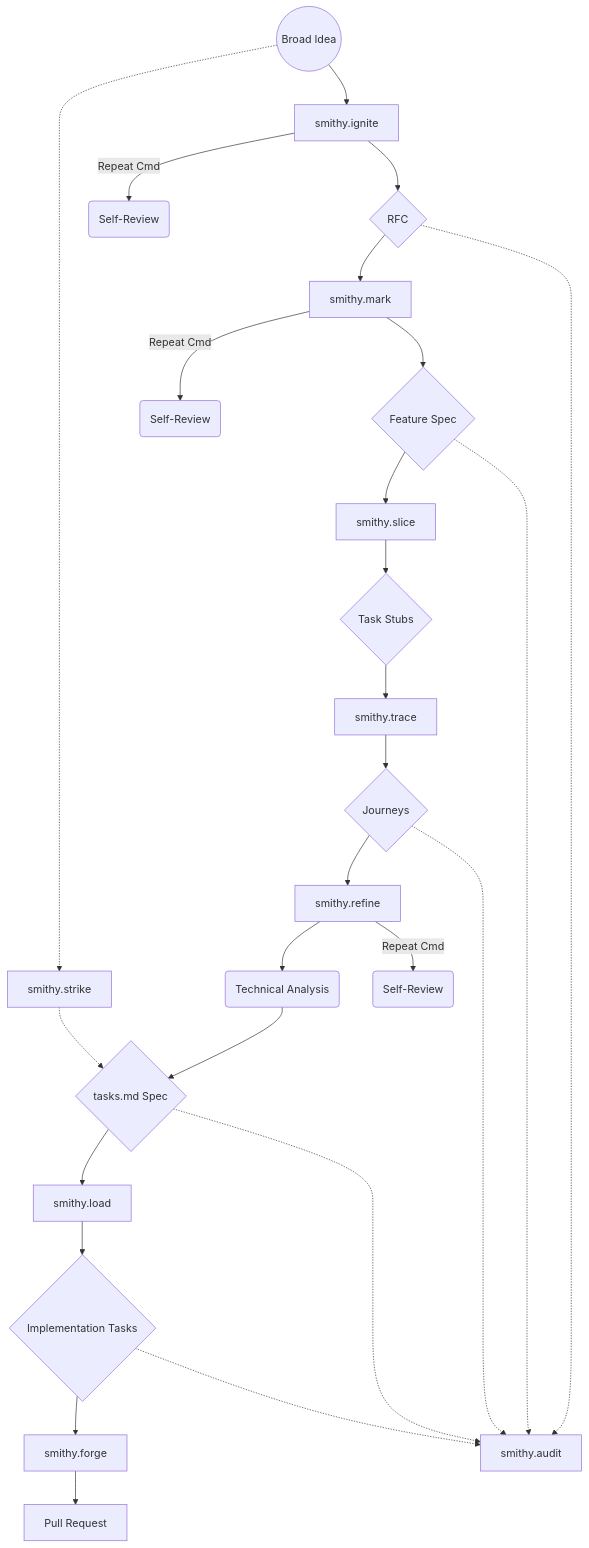
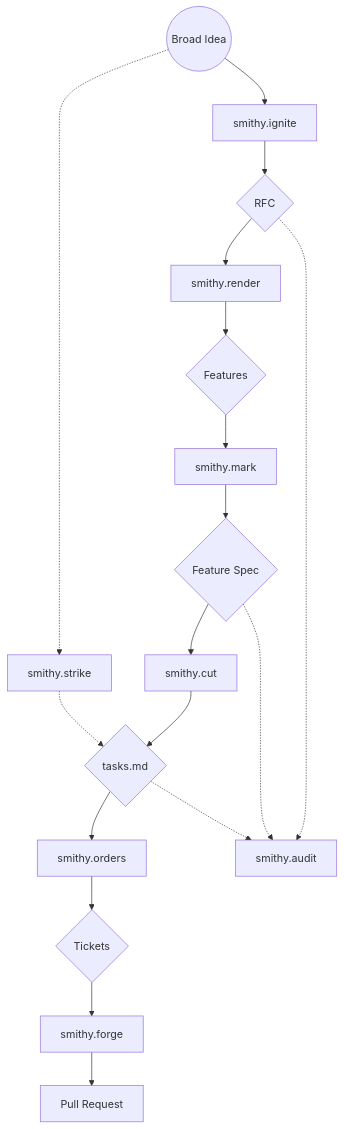
One commit to Balexda/SmithyCLI changed the diagram in README.md. Above: the diagram before and after it, drawn with Mermaid. The commit also changed other lines of this file and 8 other files, not shown here.

First line of the commit message:
Remove legacy smithy.load and update references to smithy.orders (#36)

````diff
--- a/README.md
+++ b/README.md
@@ -47,45 +46,33 @@
 ```mermaid
 graph TD
     %% Ideation
     Idea((Broad Idea)) --> Ignite[smithy.ignite]
     Ignite --> RFC{RFC}
-    
+
+    %% Rendering
+    RFC --> Render[smithy.render]
+    Render --> Features{Features}
+
     %% Planning
-    RFC --> Mark[smithy.mark]
-    Mark --> Plan{Feature Spec}
-    
-    %% Breakdown
-    Plan --> Slice[smithy.slice]
-    Slice --> Stubs{Task Stubs}
-    
-    %% Experience
-    Stubs --> Trace[smithy.trace]
-    Trace --> Journeys{Journeys}
-    
-    %% Technical Spec
-    Journeys --> Refine[smithy.refine]
-    Refine --> Analyze(Technical Analysis)
-    Analyze --> Spec{tasks.md Spec}
-    
-    %% Queue & Forge
-    Spec --> Load[smithy.load]
-    Load --> Tasks{Implementation Tasks}
-    Tasks --> Forge[smithy.forge]
+    Features --> Mark[smithy.mark]
+    Mark --> Spec{Feature Spec}
+
+    %% Cutting
+    Spec --> Cut[smithy.cut]
+    Cut --> Tasks{tasks.md}
+
+    %% Orders & Forge
+    Tasks --> Orders[smithy.orders]
+    Orders --> Tickets{Tickets}
+    Tickets --> Forge[smithy.forge]
     Forge --> PR[Pull Request]
-    
+
     %% Fast Track
     Idea -.-> Strike[smithy.strike]
-    Strike -.-> Spec
-    
-    %% Review Loops
-    Ignite -- "Repeat Cmd" --> IgniteReview(Self-Review)
-    Mark -- "Repeat Cmd" --> MarkReview(Self-Review)
-    Refine -- "Repeat Cmd" --> RefineReview(Self-Review)
-    
+    Strike -.-> Tasks
+
     %% Universal Auditor
     RFC -.-> Audit[smithy.audit]
-    Plan -.-> Audit
-    Journeys -.-> Audit
     Spec -.-> Audit
     Tasks -.-> Audit
 ```
````
